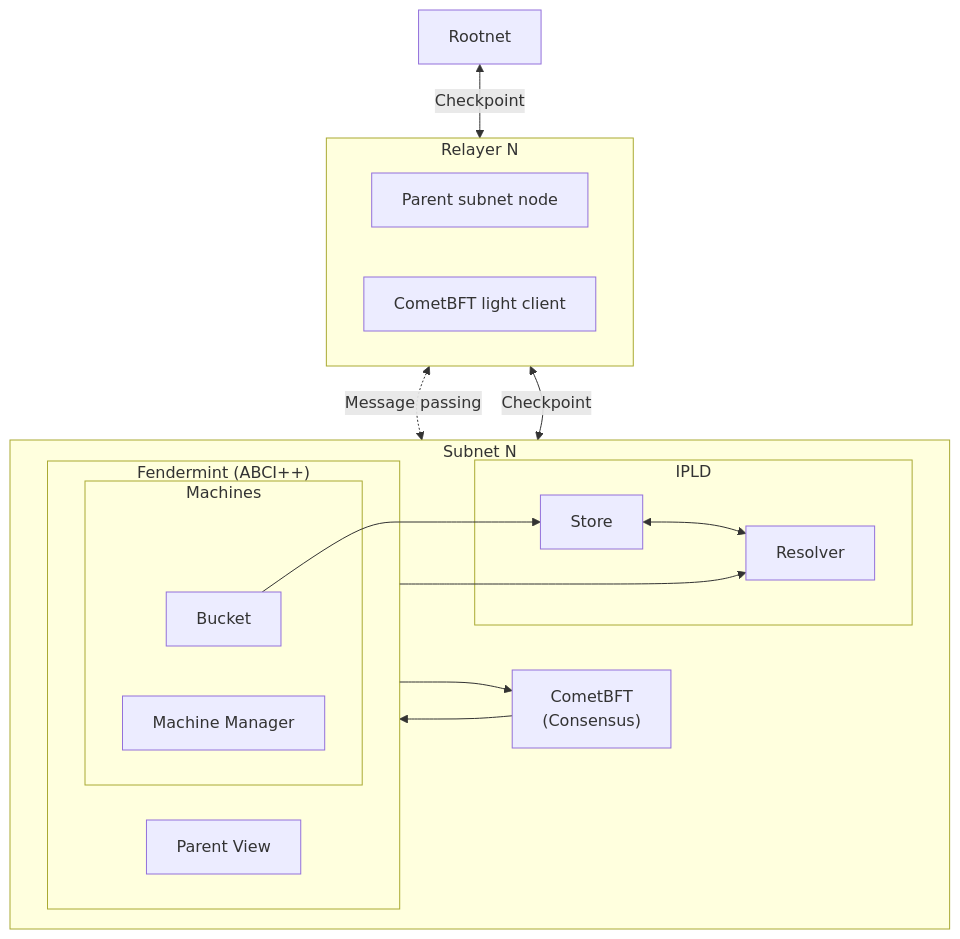
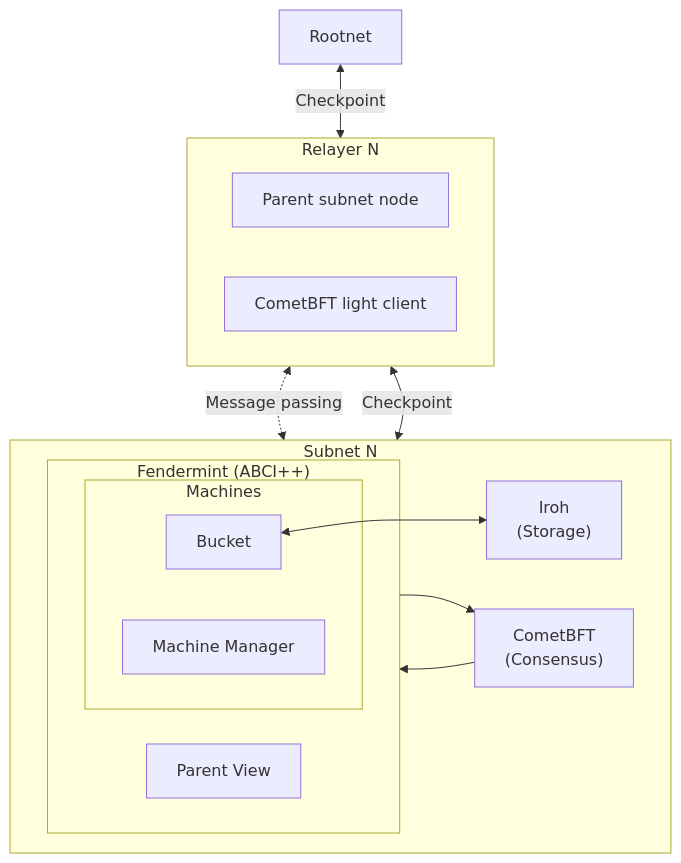
The diagram in docs/protocol/architecture/subnets.mdx (recallnet/docs), drawn with Mermaid before and after one commit. The commit also changed 3 other files, not shown here.

````diff
--- a/docs/protocol/architecture/subnets.mdx
+++ b/docs/protocol/architecture/subnets.mdx
@@ -19,46 +19,41 @@
 ```mermaid
 graph TD
     %% Root network
     Root["Rootnet"]
     class Root component
 
     %% Relayer section
     subgraph RelayerN["Relayer N"]
         ParentNodeN["Parent subnet node"]
         LightClientN["CometBFT light client"]
     end
     class RelayerN relayer
 
     %% Subnet section
     subgraph SubnetN["Subnet N"]
         %% Consensus layer
         CometBFTN["CometBFT<br/>(Consensus)"]
 
-        %% Storage layer - moved up
-        subgraph IPLDN["IPLD"]
-            StoreN["Store"]
-            ResolverN["Resolver"]
-        end
+        %% Storage layer
+        Iroh["Iroh<br/>(Storage)"]
 
         %% ABCI layer
         subgraph ABCIN["Fendermint (ABCI++)"]
             subgraph MachinesN["Machines"]
                 BucketN["Bucket"]
                 MachineManagerN["Machine Manager"]
             end
             ParentViewN["Parent View"]
         end
 
         %% Internal connections
         CometBFTN --> ABCIN --> CometBFTN
-        BucketN --> StoreN
-        StoreN <--> ResolverN
-        ABCIN --> ResolverN
+        BucketN <--> Iroh
     end
     class SubnetN subnet
 
     %% External connections
     Root <--"Checkpoint"--> RelayerN
     RelayerN <-."Message passing".-> SubnetN
     RelayerN <--"Checkpoint"--> SubnetN
 ```
````
